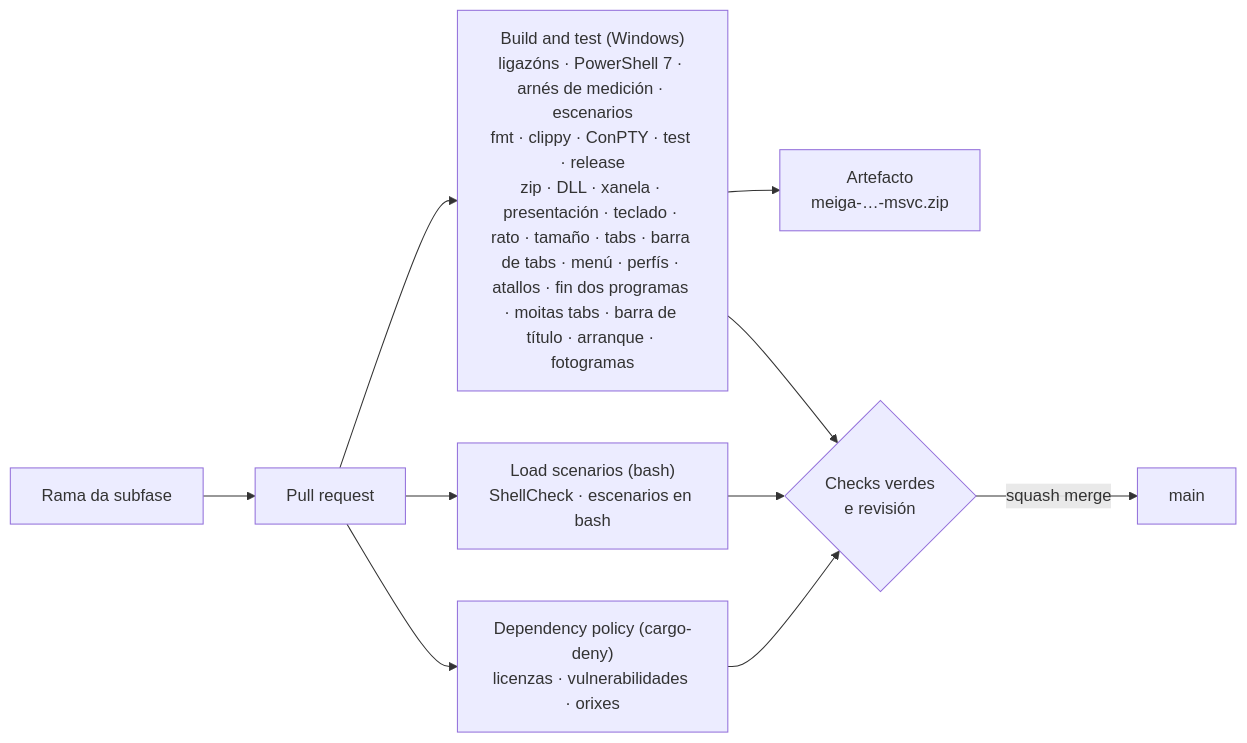
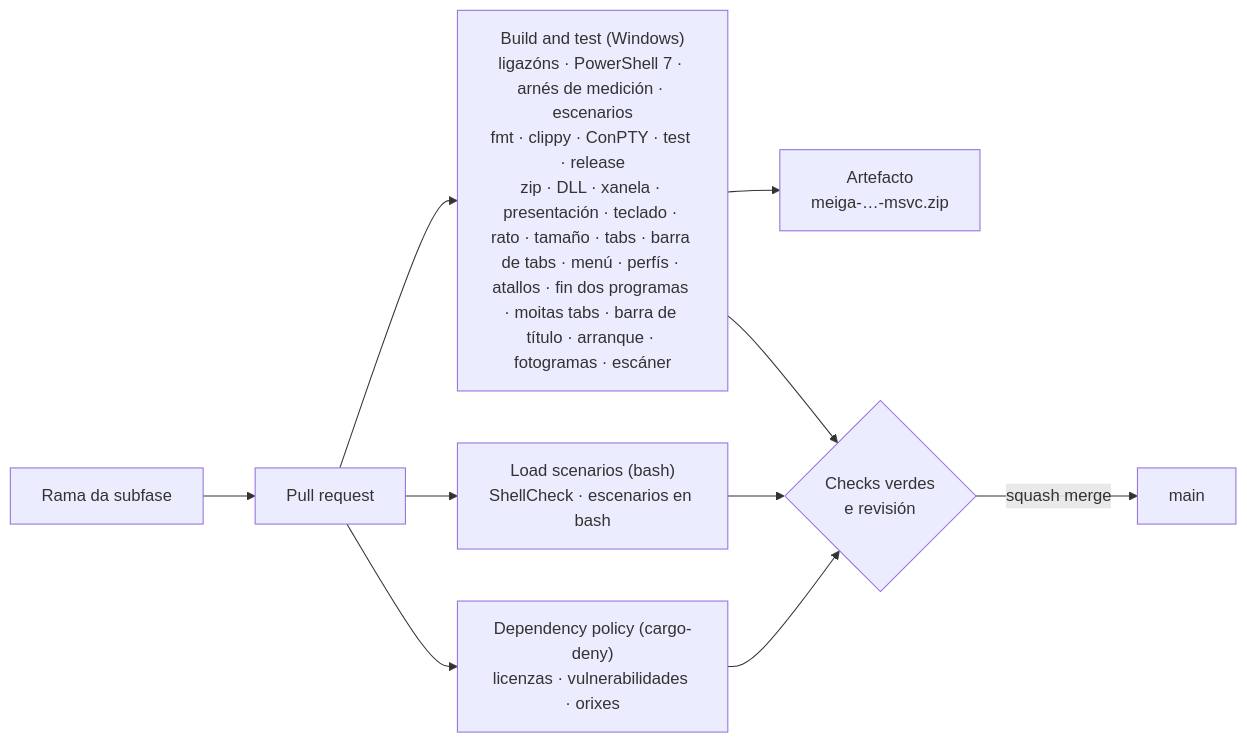
One commit to NewHouses/meiga changed diagram 22 of 24 in docs/arquitectura.md. Above: the diagram before and after it, drawn with Mermaid. The commit also changed other lines of this file and 29 other files, not shown here.

````diff
--- a/docs/arquitectura.md
+++ b/docs/arquitectura.md
@@ -634,12 +636,12 @@
 ```mermaid
 flowchart LR
     rama["Rama da subfase"] --> pr["Pull request"]
-    pr --> win["Build and test (Windows)<br/>ligazóns · PowerShell 7 · arnés de medición · escenarios<br/>fmt · clippy · ConPTY · test · release<br/>zip · DLL · xanela · presentación · teclado · rato · tamaño · tabs · barra de tabs · menú · perfís · atallos · fin dos programas · moitas tabs · barra de título · arranque · fotogramas"]
+    pr --> win["Build and test (Windows)<br/>ligazóns · PowerShell 7 · arnés de medición · escenarios<br/>fmt · clippy · ConPTY · test · release<br/>zip · DLL · xanela · presentación · teclado · rato · tamaño · tabs · barra de tabs · menú · perfís · atallos · fin dos programas · moitas tabs · barra de título · arranque · fotogramas · escáner"]
     pr --> scen["Load scenarios (bash)<br/>ShellCheck · escenarios en bash"]
     pr --> deny["Dependency policy (cargo-deny)<br/>licenzas · vulnerabilidades · orixes"]
     win --> art["Artefacto<br/>meiga-…-msvc.zip"]
     win --> ok{"Checks verdes<br/>e revisión"}
     scen --> ok
     deny --> ok
     ok -->|squash merge| main["main"]
 ```
````
